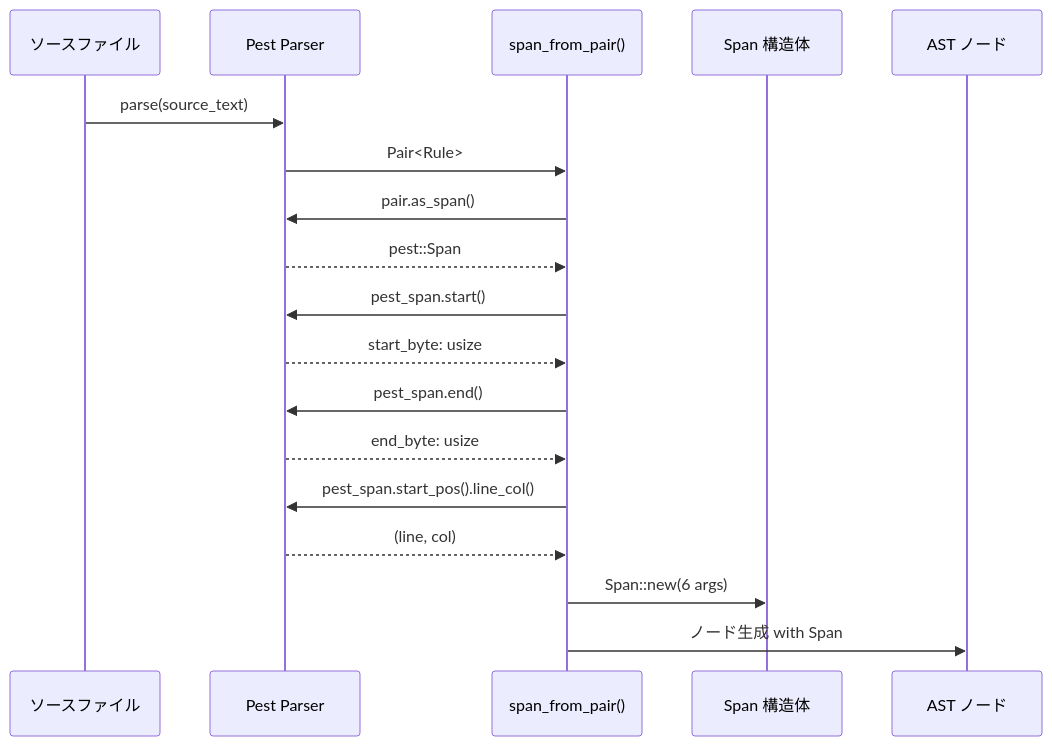
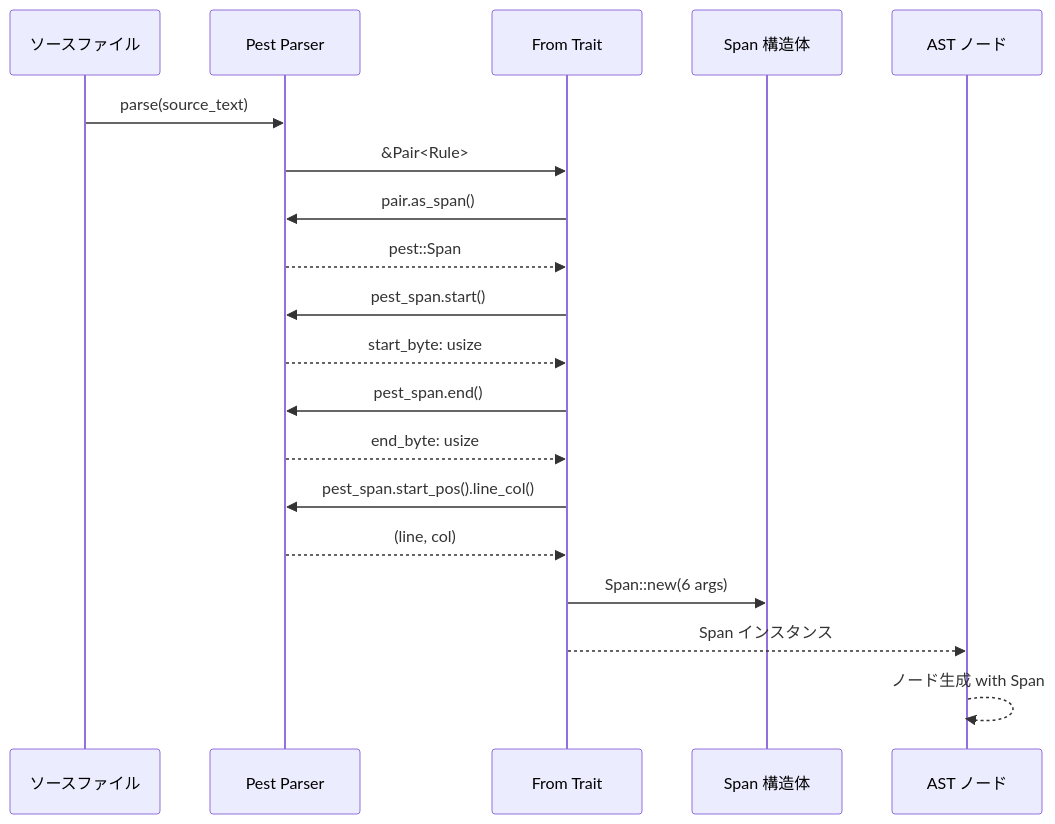
The third of 5 diagrams in .kiro/specs/ast-source-span-mapping/design.md (ekicyou/pasta), drawn with Mermaid before and after one commit. The commit also changed other lines of this file and 1 other file, not shown here.

Commit message:
設計改訂: Span::from_pest() を From トレイトに置換

````diff
--- a/.kiro/specs/ast-source-span-mapping/design.md
+++ b/.kiro/specs/ast-source-span-mapping/design.md
@@ -99,21 +99,22 @@
 ```mermaid
 sequenceDiagram
     participant Source as ソースファイル
     participant Pest as Pest Parser
-    participant Parser as span_from_pair()
+    participant FromTrait as From Trait
     participant Span as Span 構造体
     participant AST as AST ノード
     
     Source->>Pest: parse(source_text)
-    Pest->>Parser: Pair<Rule>
-    Parser->>Pest: pair.as_span()
-    Pest-->>Parser: pest::Span
-    Parser->>Pest: pest_span.start()
-    Pest-->>Parser: start_byte: usize
-    Parser->>Pest: pest_span.end()
-    Pest-->>Parser: end_byte: usize
-    Parser->>Pest: pest_span.start_pos().line_col()
-    Pest-->>Parser: (line, col)
-    Parser->>Span: Span::new(6 args)
-    Parser->>AST: ノード生成 with Span
+    Pest->>FromTrait: &Pair<Rule>
+    FromTrait->>Pest: pair.as_span()
+    Pest-->>FromTrait: pest::Span
+    FromTrait->>Pest: pest_span.start()
+    Pest-->>FromTrait: start_byte: usize
+    FromTrait->>Pest: pest_span.end()
+    Pest-->>FromTrait: end_byte: usize
+    FromTrait->>Pest: pest_span.start_pos().line_col()
+    Pest-->>FromTrait: (line, col)
+    FromTrait->>Span: Span::new(6 args)
+    FromTrait-->>AST: Span インスタンス
+    AST-->>AST: ノード生成 with Span
 ```
````
